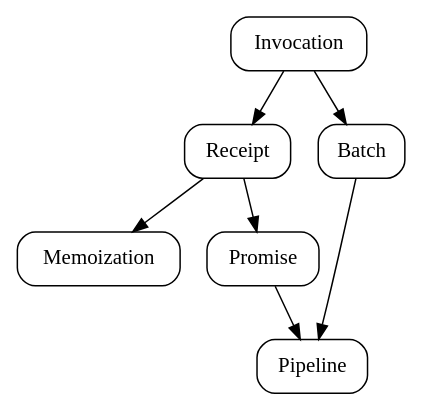
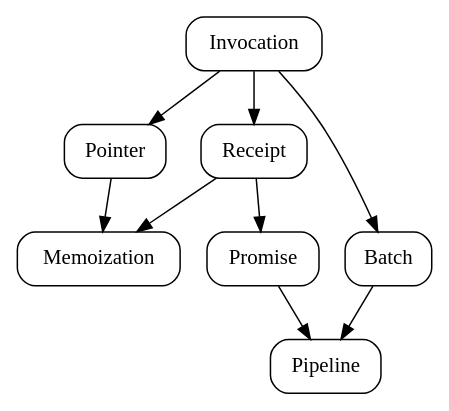
The diagram in diagrams/concepts.dot (ucan-wg/invocation), drawn with Graphviz before and after one commit.

Commit message:
Let's try this again

```diff
--- a/diagrams/concepts.dot
+++ b/diagrams/concepts.dot
@@ -1,10 +1,11 @@
 digraph {
     node [
       style=rounded
       shape=box
     ]
 
+    Invocation -> Pointer -> Memoization
     Receipt -> Memoization
     Invocation -> Receipt -> Promise -> Pipeline
     Invocation -> Batch -> Pipeline
 }
```
